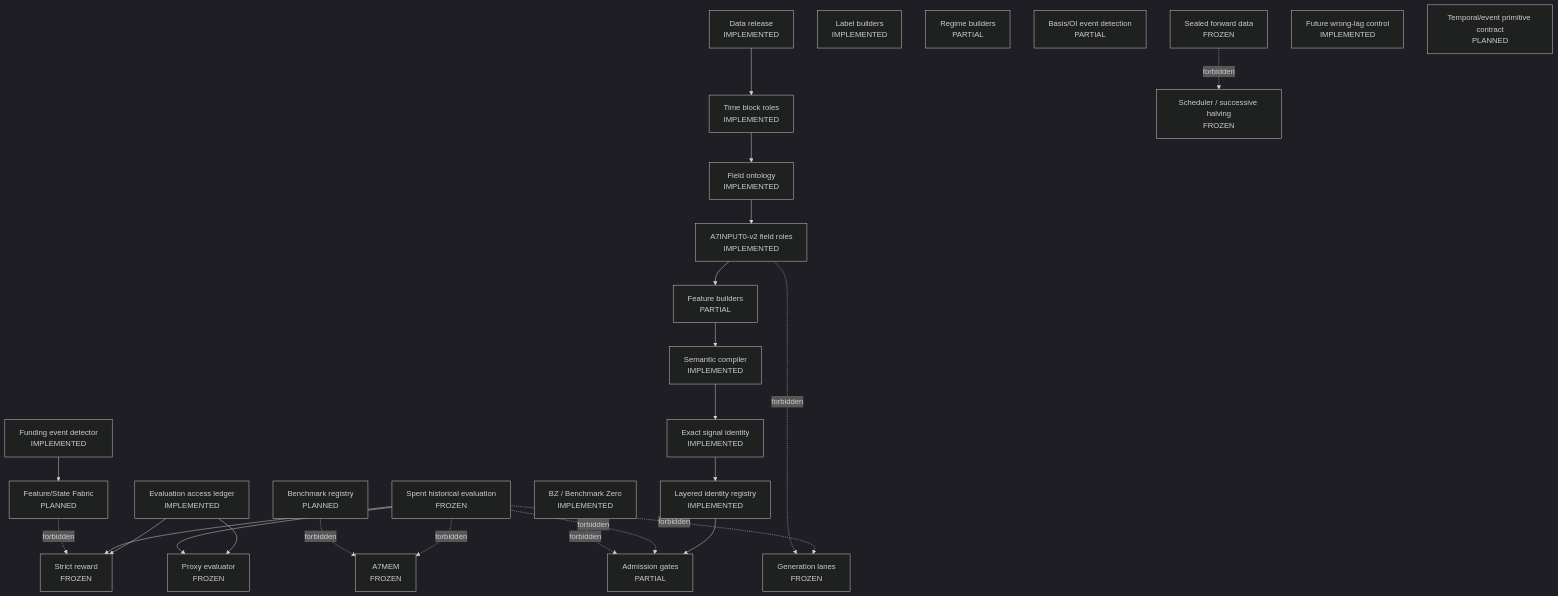
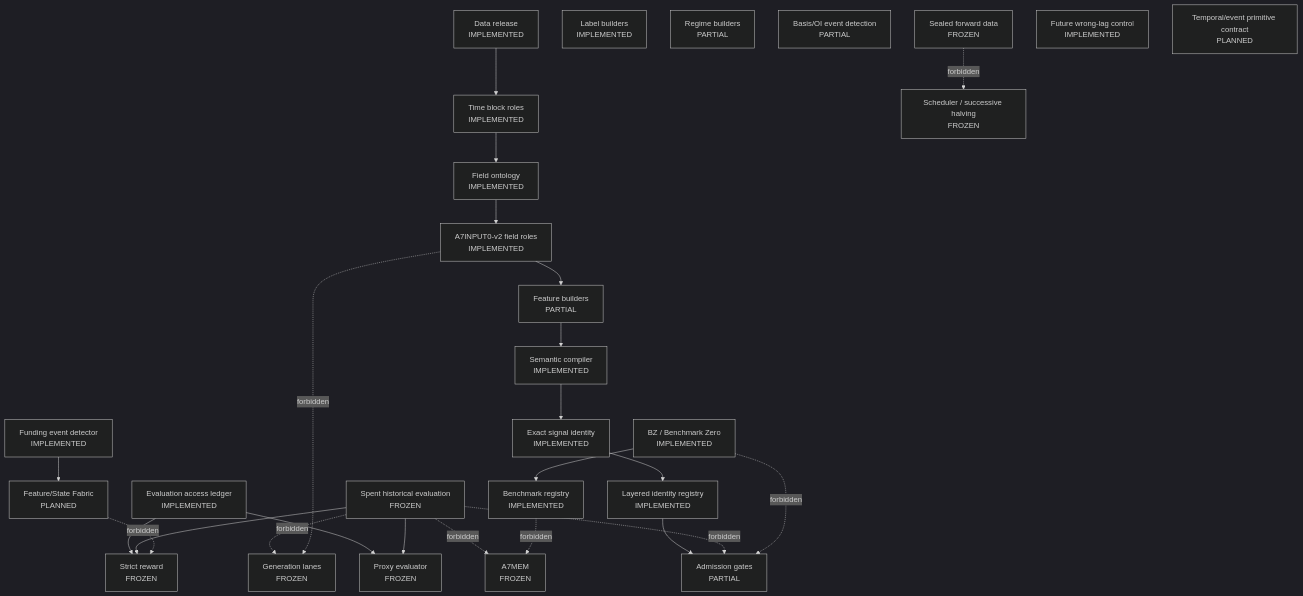
Before and after one commit to weisssschnee/alpha_pit_engine_crypto_20260519: the diagram in .planning/graphs/CURRENT_ARCHITECTURE.md, drawn with Mermaid (dark theme). The commit also changed other lines of this file and 17 other files, not shown here.

Commit message:
b0.6 add benchmark registry interface

````diff
--- a/.planning/graphs/CURRENT_ARCHITECTURE.md
+++ b/.planning/graphs/CURRENT_ARCHITECTURE.md
@@ -11,50 +11,51 @@
 ```mermaid
 flowchart TD
   control_data_release["Data release\nIMPLEMENTED"]
   control_time_block_roles["Time block roles\nIMPLEMENTED"]
   control_field_ontology["Field ontology\nIMPLEMENTED"]
   control_a7input0["A7INPUT0-v2 field roles\nIMPLEMENTED"]
   control_feature_builder["Feature builders\nPARTIAL"]
   control_label_builder["Label builders\nIMPLEMENTED"]
   control_regime_builder["Regime builders\nPARTIAL"]
   control_funding_event_detector["Funding event detector\nIMPLEMENTED"]
   control_basis_oi_event_detection["Basis/OI event detection\nPARTIAL"]
   control_semantic_compiler["Semantic compiler\nIMPLEMENTED"]
   control_exact_signal_identity["Exact signal identity\nIMPLEMENTED"]
   control_identity_registry["Layered identity registry\nIMPLEMENTED"]
   control_generation_lanes["Generation lanes\nFROZEN"]
   control_proxy["Proxy evaluator\nFROZEN"]
   control_strict_reward["Strict reward\nFROZEN"]
   control_admission["Admission gates\nPARTIAL"]
   control_a7mem["A7MEM\nFROZEN"]
   control_scheduler["Scheduler / successive halving\nFROZEN"]
-  control_benchmark_registry["Benchmark registry\nPLANNED"]
+  control_benchmark_registry["Benchmark registry\nIMPLEMENTED"]
   control_evaluation_access_ledger["Evaluation access ledger\nIMPLEMENTED"]
   control_spent_evaluation["Spent historical evaluation\nFROZEN"]
   control_sealed_forward["Sealed forward data\nFROZEN"]
   control_future_wrong_lag["Future wrong-lag control\nIMPLEMENTED"]
   control_bz["BZ / Benchmark Zero\nIMPLEMENTED"]
   control_temporal_event_contract["Temporal/event primitive contract\nPLANNED"]
   control_feature_state_fabric["Feature/State Fabric\nPLANNED"]
   control_data_release --> control_time_block_roles
   control_time_block_roles --> control_field_ontology
   control_field_ontology --> control_a7input0
   control_a7input0 --> control_feature_builder
   control_feature_builder --> control_semantic_compiler
   control_semantic_compiler --> control_exact_signal_identity
   control_exact_signal_identity --> control_identity_registry
   control_identity_registry --> control_admission
   control_evaluation_access_ledger --> control_proxy
   control_evaluation_access_ledger --> control_strict_reward
   control_funding_event_detector --> control_feature_state_fabric
+  control_bz --> control_benchmark_registry
   control_spent_evaluation --> control_proxy
   control_spent_evaluation --> control_strict_reward
   control_spent_evaluation -. forbidden .-> control_admission
   control_spent_evaluation -. forbidden .-> control_generation_lanes
   control_spent_evaluation -. forbidden .-> control_a7mem
   control_sealed_forward -. forbidden .-> control_scheduler
   control_benchmark_registry -. forbidden .-> control_a7mem
   control_feature_state_fabric -. forbidden .-> control_strict_reward
   control_a7input0 -. forbidden .-> control_generation_lanes
   control_bz -. forbidden .-> control_admission
 ```
````
